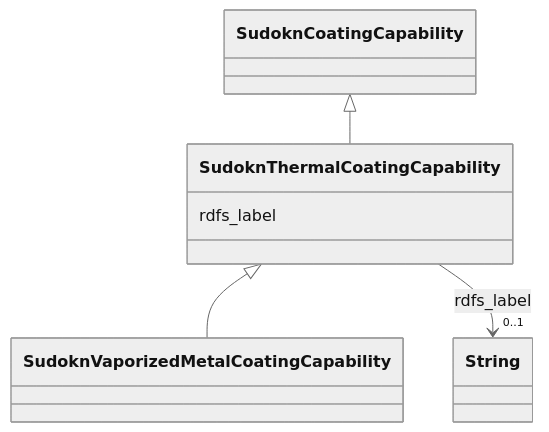
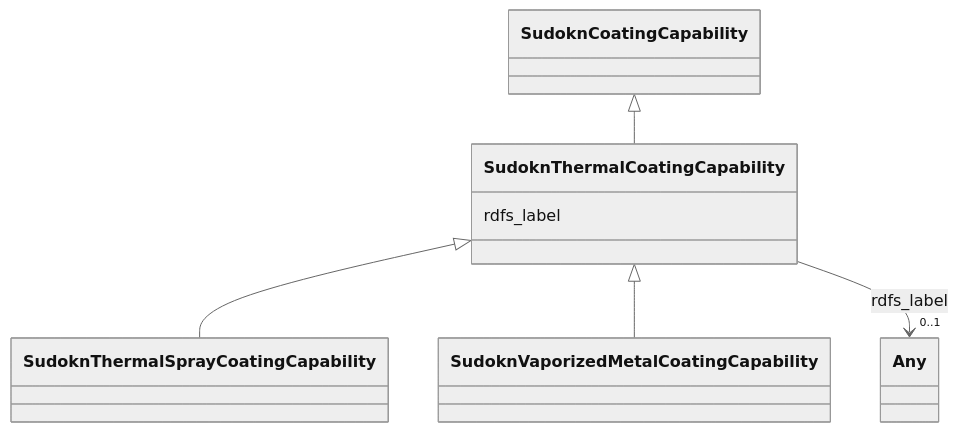
The diagram in sudokn-kg/classes/SudoknThermalCoatingCapability.md (frink-okn/graph-descriptions), drawn with Mermaid (neutral theme) before and after one commit. The commit also changed other lines of this file and 903 other files, not shown here.

````diff
--- a/sudokn-kg/classes/SudoknThermalCoatingCapability.md
+++ b/sudokn-kg/classes/SudoknThermalCoatingCapability.md
@@ -23,23 +16,25 @@
 ```mermaid
  classDiagram
     class SudoknThermalCoatingCapability
     click SudoknThermalCoatingCapability href "../SudoknThermalCoatingCapability"
       SudoknCoatingCapability <|-- SudoknThermalCoatingCapability
         click SudoknCoatingCapability href "../SudoknCoatingCapability"
       
 
+      SudoknThermalCoatingCapability <|-- SudoknThermalSprayCoatingCapability
+        click SudoknThermalSprayCoatingCapability href "../SudoknThermalSprayCoatingCapability"
       SudoknThermalCoatingCapability <|-- SudoknVaporizedMetalCoatingCapability
         click SudoknVaporizedMetalCoatingCapability href "../SudoknVaporizedMetalCoatingCapability"
       
       
       SudoknThermalCoatingCapability : rdfs_label
         
           
     
     
-    SudoknThermalCoatingCapability --> "0..1" String : rdfs_label
-    click String href "../String"
+    SudoknThermalCoatingCapability --> "0..1" Any : rdfs_label
+    click Any href "../Any"
 
         
       
 ```
````
